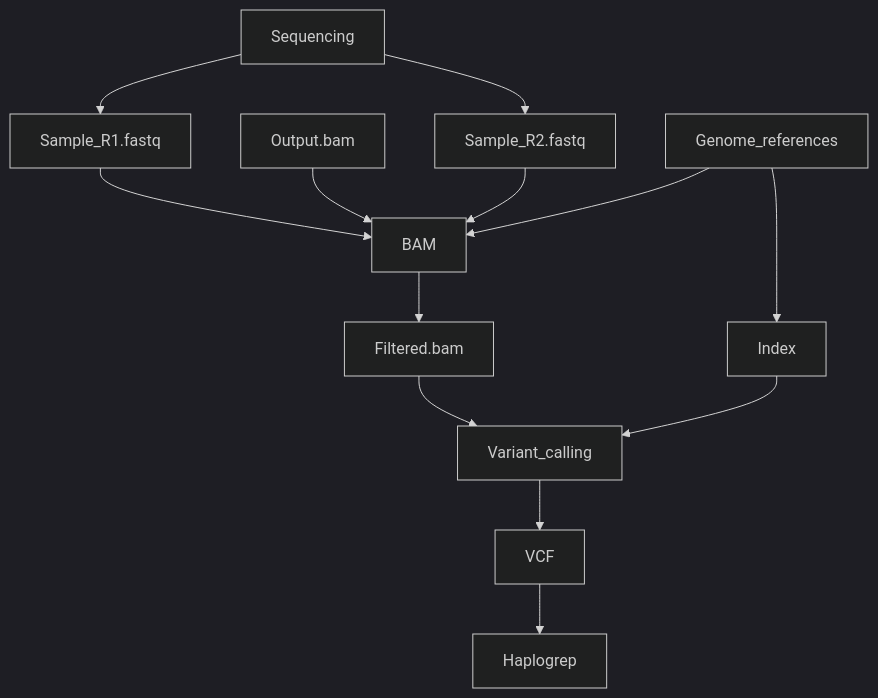
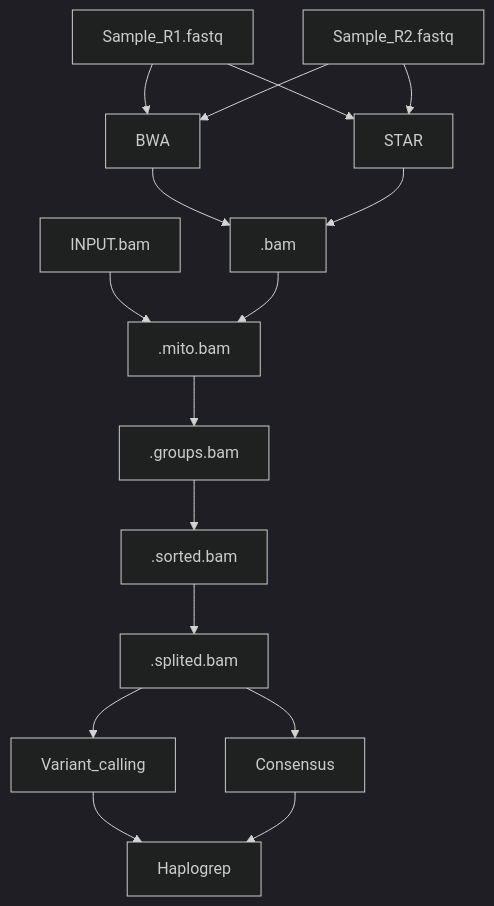
Before and after one commit to fchuffar/mitoseq: the diagram in README.md, drawn with Mermaid (dark theme). The commit also changed other lines of this file, not shown here.

````diff
--- a/README.md
+++ b/README.md
@@ -32,16 +32,18 @@
 ```mermaid
 graph TD;
-Sequencing-->Sample_R1.fastq;
-Sequencing-->Sample_R2.fastq;
-Sample_R1.fastq-->BAM;
-Output.bam-->BAM;
-Sample_R2.fastq-->BAM;
-Genome_references-->BAM;
-Genome_references-->Index;
-BAM-->Filtered.bam;
-Filtered.bam-->Variant_calling;
-Index-->Variant_calling;
-Variant_calling-->VCF;
-VCF-->Haplogrep
-
+Sample_R1.fastq-->BWA;
+Sample_R2.fastq-->BWA;
+Sample_R1.fastq-->STAR;
+Sample_R2.fastq-->STAR;
+INPUT.bam-->.mito.bam;
+BWA-->.bam;
+STAR-->.bam
+.bam-->.mito.bam;
+.mito.bam-->.groups.bam;
+.groups.bam-->.sorted.bam;
+.sorted.bam-->.splited.bam;
+.splited.bam-->Variant_calling;
+Variant_calling-->Haplogrep;
+.splited.bam-->Consensus;
+Consensus-->Haplogrep;
 ```
````
